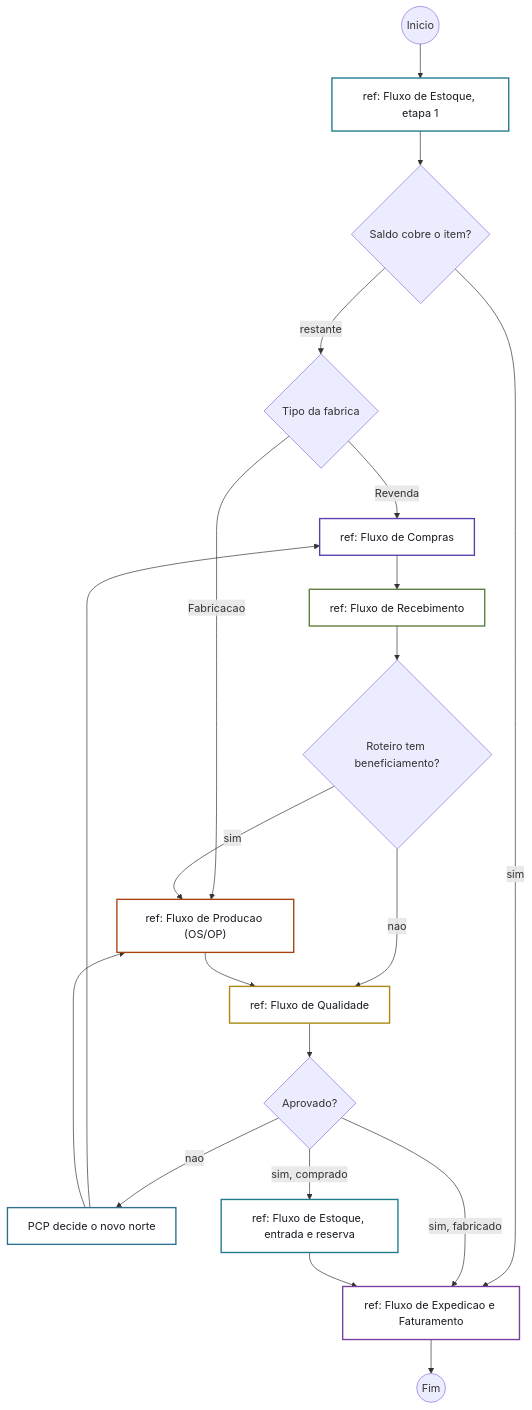
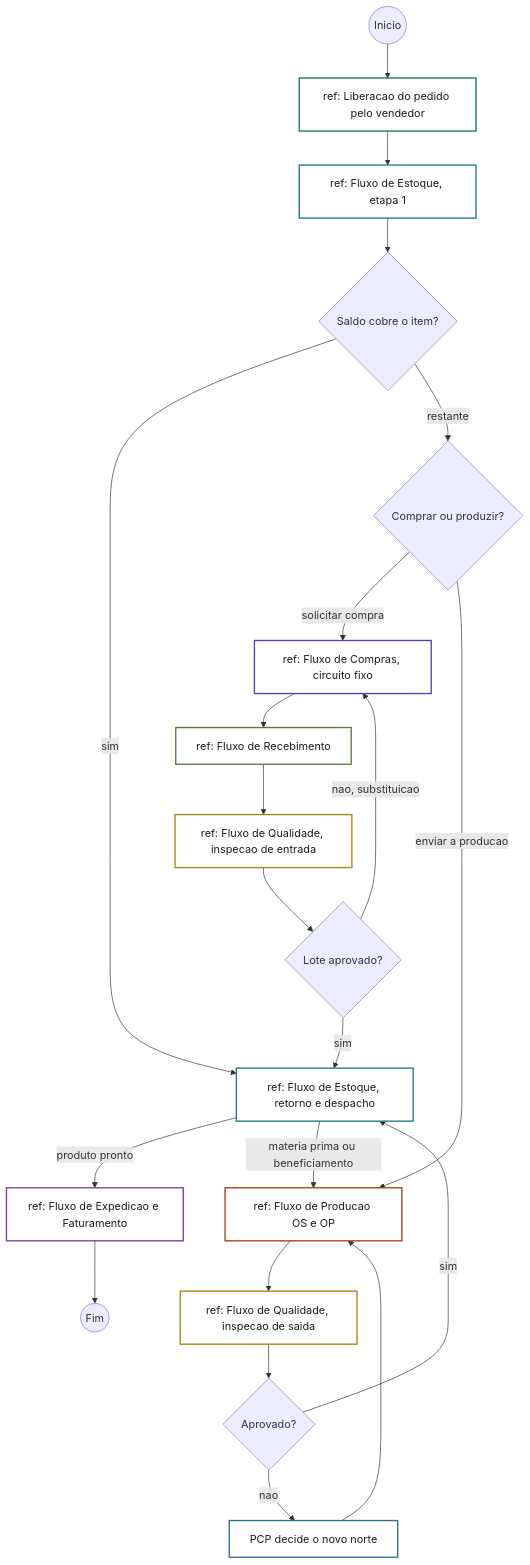
One commit to Acosvital/vault-avhub-mer changed diagram 21 of 28 in 04-Arquitetura-Transversal/Diagramas-UML.md. Above: the diagram before and after it, drawn with Mermaid. The commit also changed other lines of this file and 3 other files, not shown here.

Commit message:
docs(vault): atualiza UML, fluxograma de telas, encaixe estoque/revenda e anexo 0003 do contrato 33

````diff
--- a/04-Arquitetura-Transversal/Diagramas-UML.md
+++ b/04-Arquitetura-Transversal/Diagramas-UML.md
@@ -1171,31 +1185,34 @@
 ```mermaid
 flowchart TD
-    START((Inicio)) --> REF5["ref: Fluxo de Estoque, etapa 1"]
+    START((Inicio)) --> REF0["ref: Liberacao do pedido pelo vendedor"]
+    REF0 --> REF5["ref: Fluxo de Estoque, etapa 1"]
     REF5 --> DEC0{Saldo cobre o item?}
-    DEC0 -- sim --> REF6["ref: Fluxo de Expedicao e Faturamento"]
-    DEC0 -- restante --> DECF{Tipo da fabrica}
-    DECF -- Revenda --> REF1["ref: Fluxo de Compras"]
-    DECF -- Fabricacao --> REF3["ref: Fluxo de Producao (OS/OP)"]
+    DEC0 -->|sim| REF7
+    DEC0 -->|restante| DECF{Comprar ou produzir?}
+    DECF -->|solicitar compra| REF1["ref: Fluxo de Compras, circuito fixo"]
+    DECF -->|enviar a producao| REF3["ref: Fluxo de Producao OS e OP"]
     REF1 --> REF2["ref: Fluxo de Recebimento"]
-    REF2 --> DEC{Roteiro tem beneficiamento?}
-    DEC -- sim --> REF3
-    DEC -- nao --> REF4["ref: Fluxo de Qualidade"]
-    REF3 --> REF4
-    REF4 --> DEC2{Aprovado?}
-    DEC2 -- nao --> PCPN["PCP decide o novo norte"]
-    PCPN --> REF1
+    REF2 --> REF4["ref: Fluxo de Qualidade, inspecao de entrada"]
+    REF4 --> DEC2{Lote aprovado?}
+    DEC2 -->|nao, substituicao| REF1
+    DEC2 -->|sim| REF7["ref: Fluxo de Estoque, retorno e despacho"]
+    REF3 --> REF8["ref: Fluxo de Qualidade, inspecao de saida"]
+    REF8 --> DEC3{Aprovado?}
+    DEC3 -->|sim| REF7
+    DEC3 -->|nao| PCPN["PCP decide o novo norte"]
     PCPN --> REF3
-    DEC2 -- sim, comprado --> REF7["ref: Fluxo de Estoque, entrada e reserva"]
-    DEC2 -- sim, fabricado --> REF6
-    REF7 --> REF6
+    REF7 -->|produto pronto| REF6["ref: Fluxo de Expedicao e Faturamento"]
+    REF7 -->|materia prima ou beneficiamento| REF3
     REF6 --> END((Fim))
 
+    style REF0 fill:#ffffff,stroke:#0f7a6b,stroke-width:2px,color:#181c22
     style REF1 fill:#ffffff,stroke:#5b3fae,stroke-width:2px,color:#181c22
     style REF2 fill:#ffffff,stroke:#5a7d3a,stroke-width:2px,color:#181c22
     style REF3 fill:#ffffff,stroke:#a8420f,stroke-width:2px,color:#181c22
     style REF4 fill:#ffffff,stroke:#a8860f,stroke-width:2px,color:#181c22
+    style REF8 fill:#ffffff,stroke:#a8860f,stroke-width:2px,color:#181c22
     style REF5 fill:#ffffff,stroke:#1f7a8c,stroke-width:2px,color:#181c22
     style REF7 fill:#ffffff,stroke:#1f7a8c,stroke-width:2px,color:#181c22
     style REF6 fill:#ffffff,stroke:#7a3f9e,stroke-width:2px,color:#181c22
     style PCPN fill:#ffffff,stroke:#2f6f8f,stroke-width:2px,color:#181c22
 ```
````
